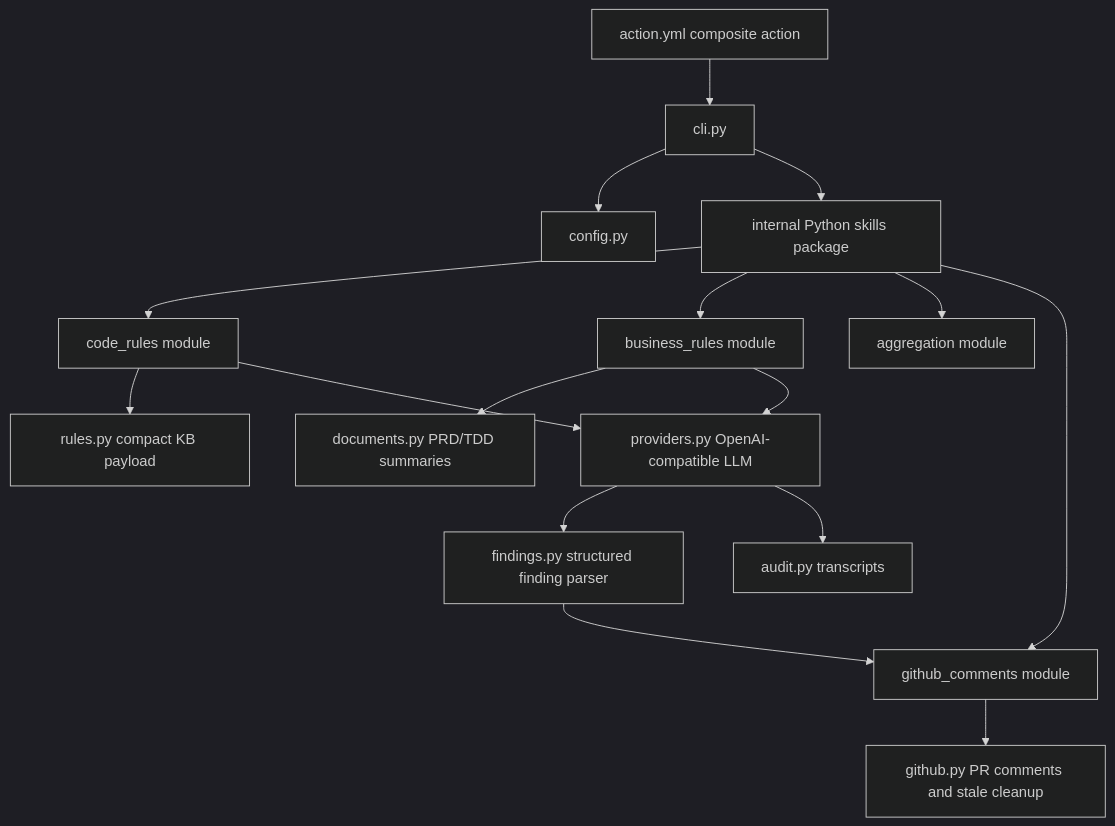
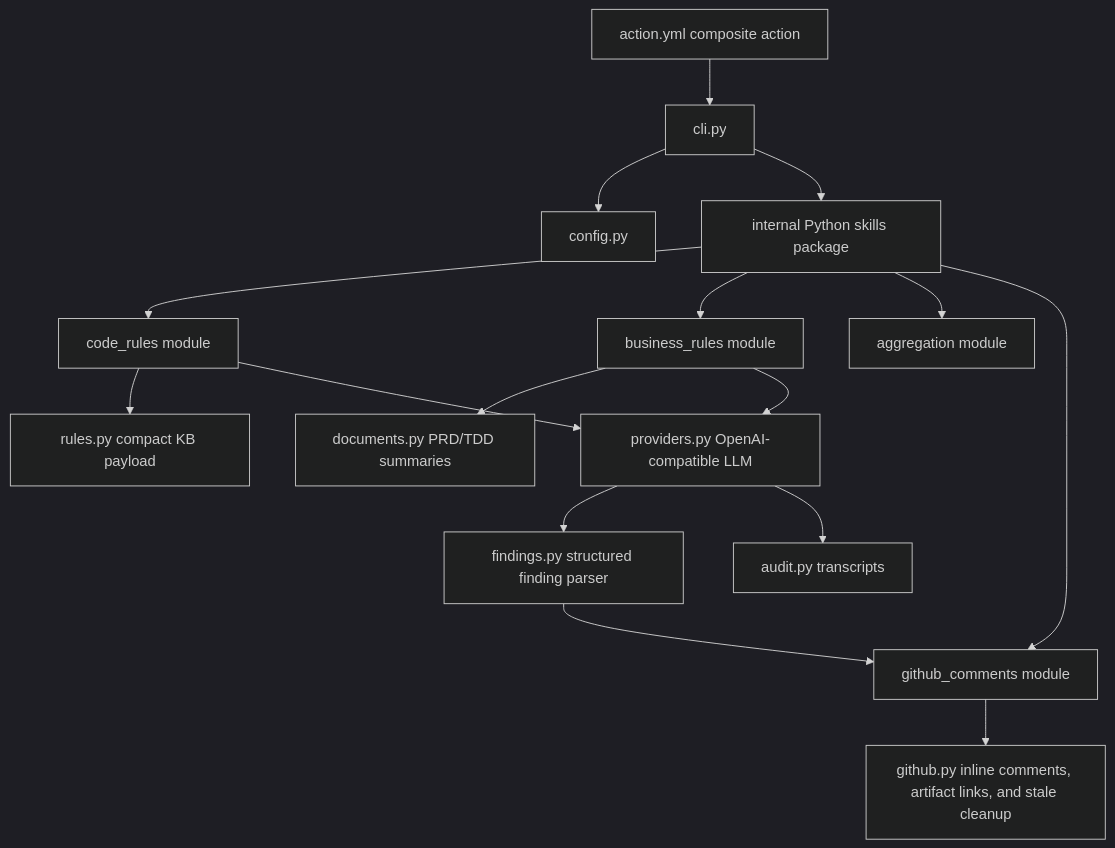
Before and after one commit to laughingkid-sg/code-review-agent: the first of 2 diagrams in README.md, drawn with Mermaid (dark theme). The commit also changed other lines of this file and 7 other files, not shown here.

````diff
--- a/README.md
+++ b/README.md
@@ -24,18 +24,18 @@
 ```mermaid
 flowchart TD
   Action[action.yml composite action] --> CLI[cli.py]
   CLI --> Config[config.py]
   CLI --> Skills[internal Python skills package]
   Skills --> CodeSkill[code_rules module]
   Skills --> BizSkill[business_rules module]
   Skills --> AggSkill[aggregation module]
   Skills --> CommentSkill[github_comments module]
   CodeSkill --> Rules[rules.py compact KB payload]
   BizSkill --> Docs[documents.py PRD/TDD summaries]
   CodeSkill --> Provider[providers.py OpenAI-compatible LLM]
   BizSkill --> Provider
   Provider --> Findings[findings.py structured finding parser]
   Findings --> CommentSkill
-  CommentSkill --> GitHub[github.py PR comments and stale cleanup]
+  CommentSkill --> GitHub[github.py inline comments, artifact links, and stale cleanup]
   Provider --> Audit[audit.py transcripts]
 ```
````
